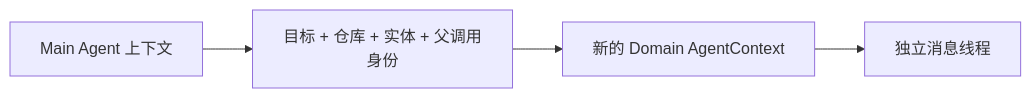
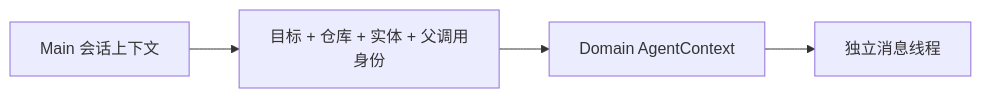
Before and after one commit to Arthur999459up/GitAgent: the second of 8 diagrams in docs/02-agent-topology-and-workflows.md, drawn with Mermaid. The commit also changed other lines of this file and 15 other files, not shown here.

````diff
--- a/docs/02-agent-topology-and-workflows.md
+++ b/docs/02-agent-topology-and-workflows.md
@@ -50,6 +44,6 @@
 ```mermaid
 flowchart LR
-    M[Main Agent 上下文] --> T[目标 + 仓库 + 实体 + 父调用身份]
-    T --> D[新的 Domain AgentContext]
+    M[Main 会话上下文] --> T[目标 + 仓库 + 实体 + 父调用身份]
+    T --> D[Domain AgentContext]
     D --> X[独立消息线程]
 ```
````
